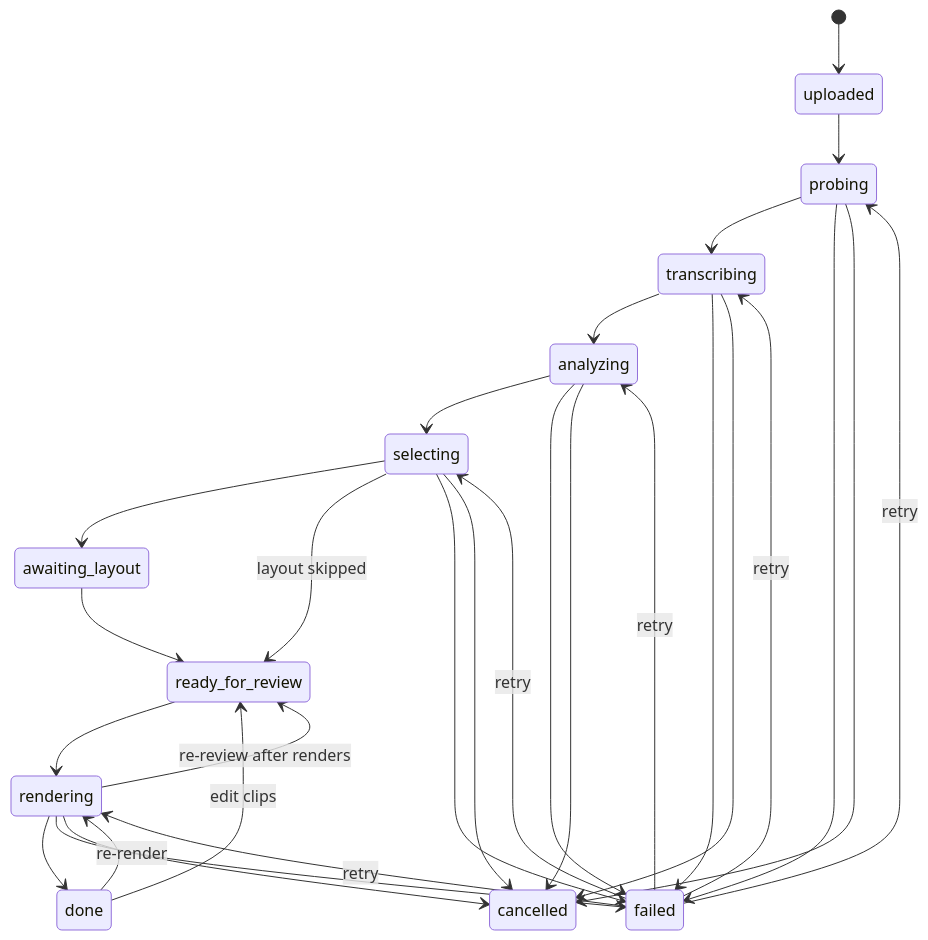
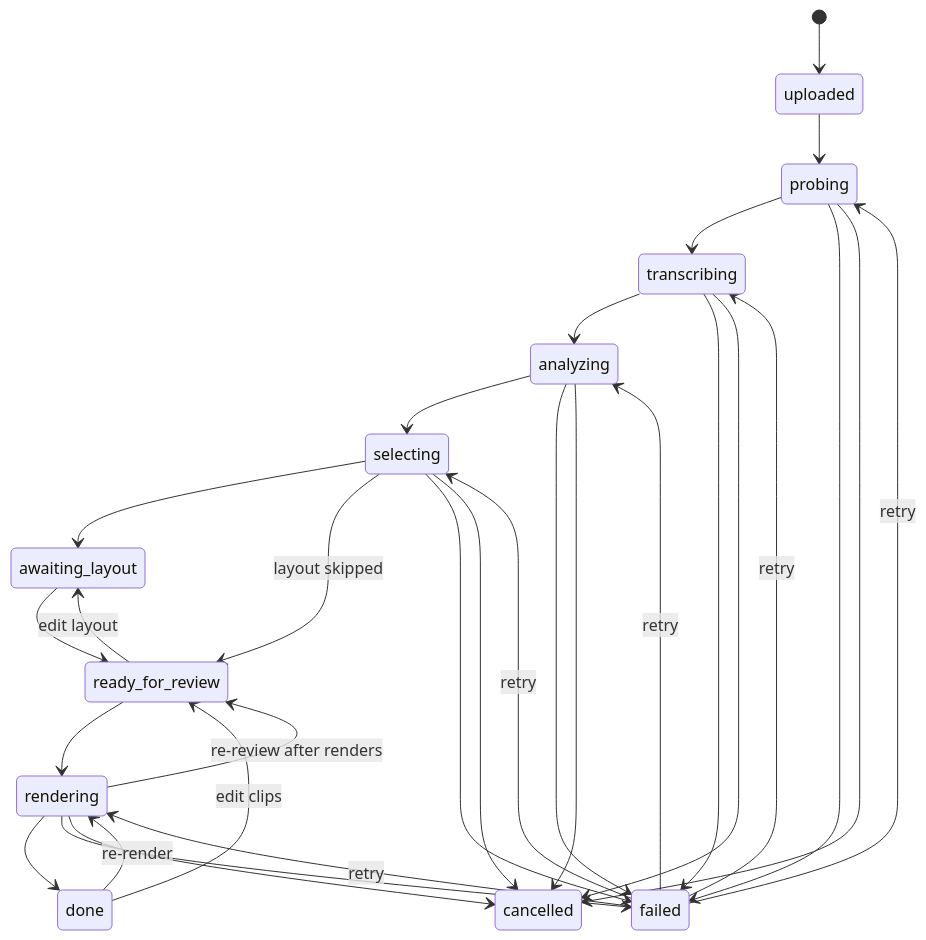
The diagram in docs/BUSINESS_LOGIC.md (gabrielccarvalho/nimbus), drawn with Mermaid before and after one commit. The commit also changed other lines of this file and 26 other files, not shown here.

Commit message:
feat: add data layer, domain schemas and pipeline state machine

````diff
--- a/docs/BUSINESS_LOGIC.md
+++ b/docs/BUSINESS_LOGIC.md
@@ -22,31 +22,32 @@
 ```mermaid
 stateDiagram-v2
   [*] --> uploaded
   uploaded --> probing
   probing --> transcribing
   transcribing --> analyzing
   analyzing --> selecting
   selecting --> awaiting_layout
   selecting --> ready_for_review: layout skipped
   awaiting_layout --> ready_for_review
   ready_for_review --> rendering
   rendering --> done
+  ready_for_review --> awaiting_layout: edit layout
   rendering --> ready_for_review: re-review after renders
   done --> rendering: re-render
   done --> ready_for_review: edit clips
   probing --> failed
   transcribing --> failed
   analyzing --> failed
   selecting --> failed
   rendering --> failed
   probing --> cancelled
   transcribing --> cancelled
   analyzing --> cancelled
   selecting --> cancelled
   rendering --> cancelled
   failed --> probing: retry
   failed --> transcribing: retry
   failed --> analyzing: retry
   failed --> selecting: retry
   failed --> rendering: retry
 ```
````
